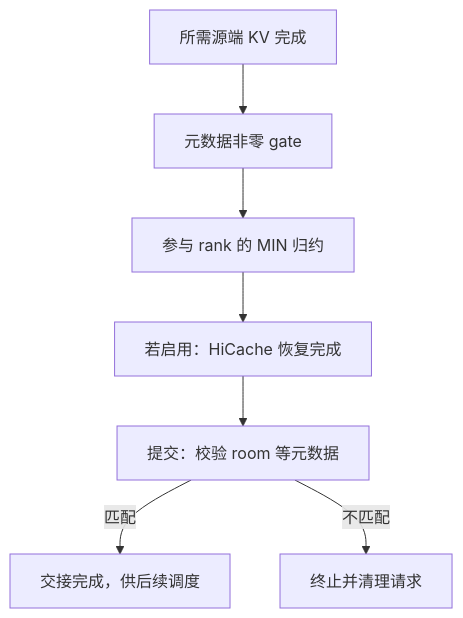
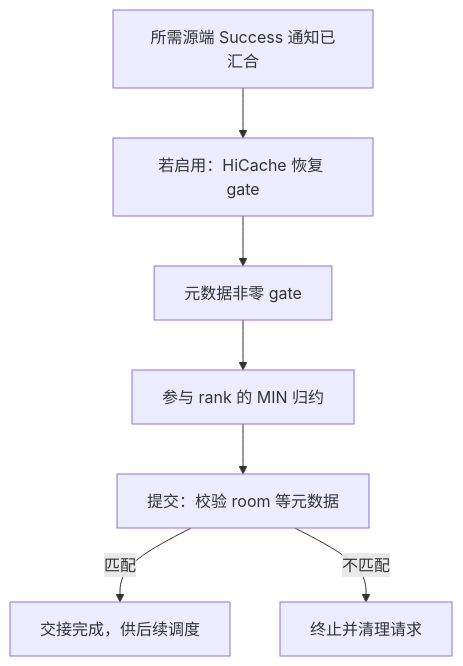
The fifth of 6 diagrams in sglang/并行方法/SGLang 通信与传输机制学习文档.md (Asher-XunZhang/ai-infra-wiki), drawn with Mermaid before and after one commit. The commit also changed other lines of this file and 7 other files, not shown here.

````diff
--- a/sglang/并行方法/SGLang 通信与传输机制学习文档.md
+++ b/sglang/并行方法/SGLang 通信与传输机制学习文档.md
@@ -121,9 +133,9 @@
 ```mermaid
 flowchart TD
-    K[所需源端 KV 完成] --> G[元数据非零 gate]
+    K[所需源端 Success 通知已汇合] --> H[若启用：HiCache 恢复 gate]
+    H --> G[元数据非零 gate]
     G --> A[参与 rank 的 MIN 归约]
-    A --> H[若启用：HiCache 恢复完成]
-    H --> C[提交：校验 room 等元数据]
+    A --> C[提交：校验 room 等元数据]
     C -->|匹配| Q[交接完成，供后续调度]
     C -->|不匹配| F[终止并清理请求]
 ```
````
